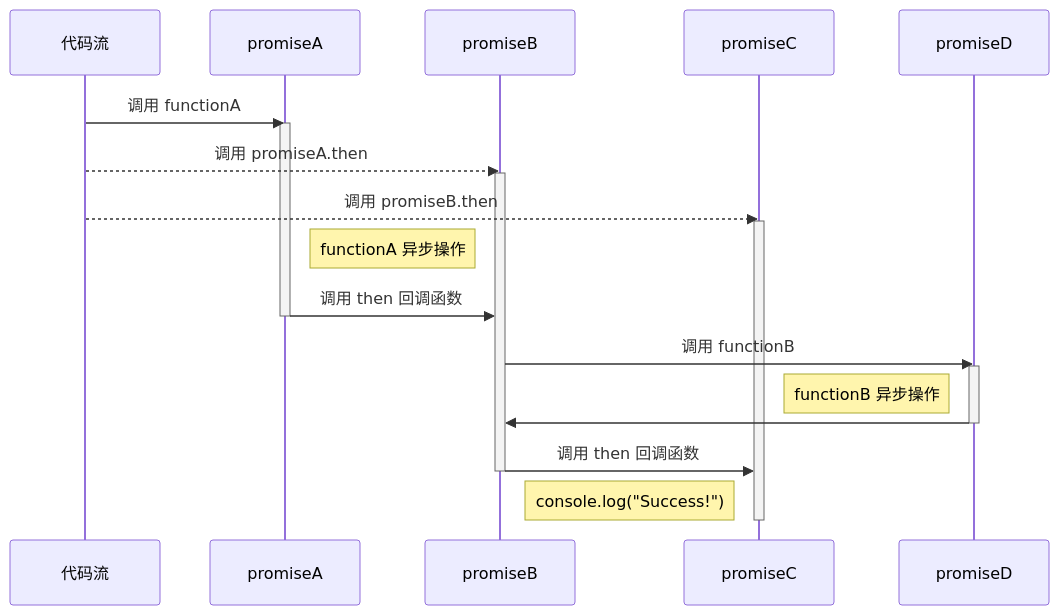
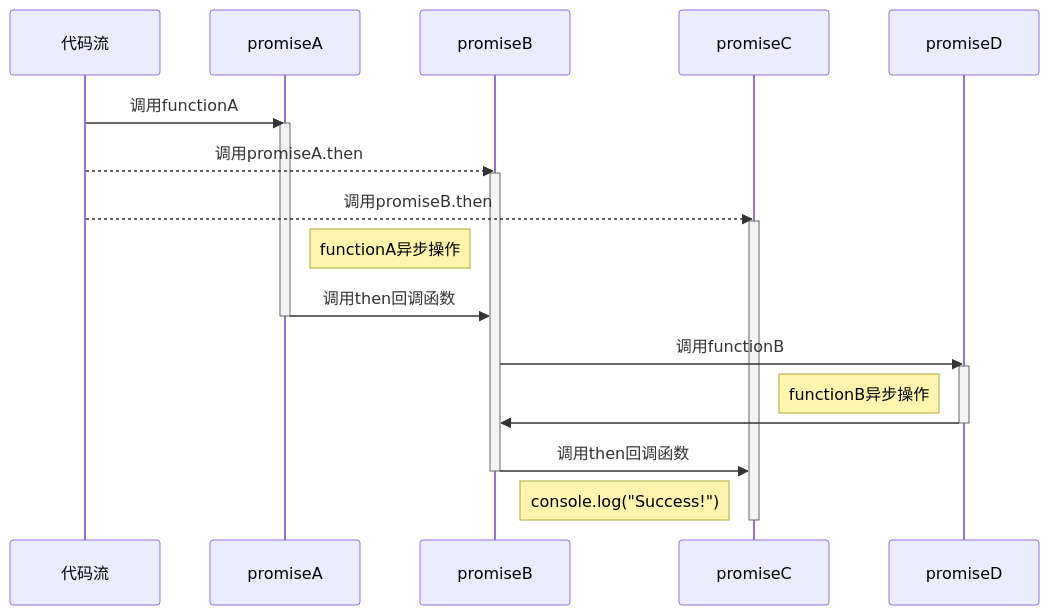
The fourth of 4 diagrams in docs/blog/posts/同步与异步，回调函数、Promise与asyncawait，还有Generator.md (MiemieMethod/bedrock-docs), drawn with Mermaid before and after one commit. The commit also changed other lines of this file and 2 other files, not shown here.

Commit message:
[chore] 修改一些格式

````diff
--- a/docs/blog/posts/同步与异步，回调函数、Promise与asyncawait，还有Generator.md
+++ b/docs/blog/posts/同步与异步，回调函数、Promise与asyncawait，还有Generator.md
@@ -224,26 +224,26 @@
 ```mermaid
 sequenceDiagram
     participant Main as 代码流
     participant P1 as promiseA
     participant P2 as promiseB
     participant P3 as promiseC
     participant P4 as promiseD
-    Main ->> P1: 调用 functionA
+    Main ->> P1: 调用functionA
     activate P1
-    Main -->> P2: 调用 promiseA.then
+    Main -->> P2: 调用promiseA.then
     activate P2
-    Main -->> P3: 调用 promiseB.then
+    Main -->> P3: 调用promiseB.then
     activate P3
-    Note right of P1: functionA 异步操作
-    P1 ->> P2: 调用 then 回调函数
+    Note right of P1: functionA异步操作
+    P1 ->> P2: 调用then回调函数
     deactivate P1
-    P2 ->> P4: 调用 functionB
+    P2 ->> P4: 调用functionB
     activate P4
-    Note left of P4: functionB 异步操作
+    Note left of P4: functionB异步操作
     P4 ->> P2: 
     deactivate P4
-    P2 ->> P3: 调用 then 回调函数
+    P2 ->> P3: 调用then回调函数
     deactivate P2
     Note left of P3: console.log("Success!")
     deactivate P3
 ```
````
